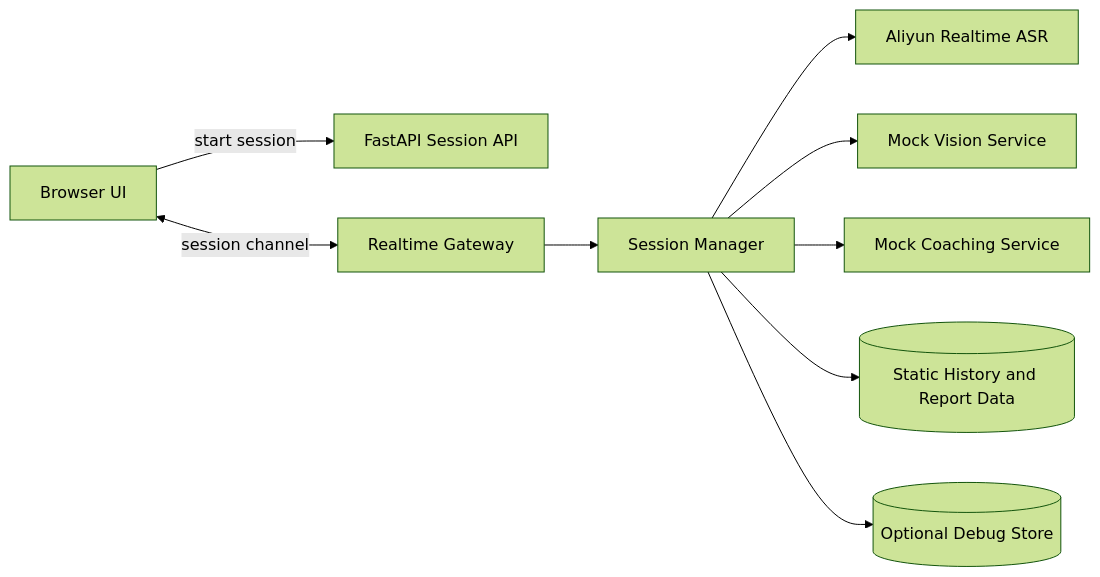
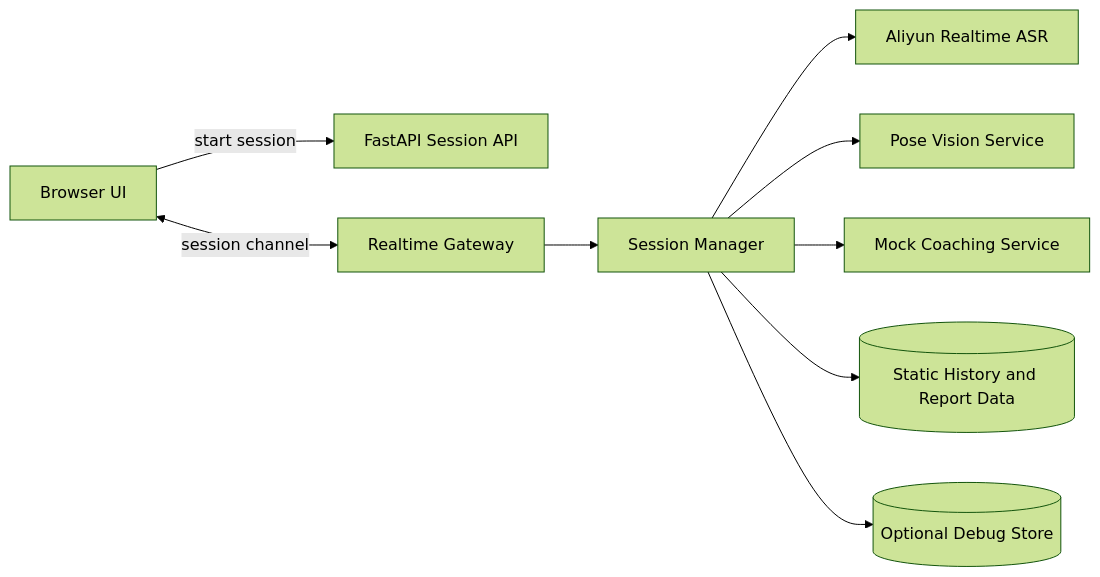
The diagram in README.md (Nigel-yuan/speak_up), drawn with Mermaid (forest theme) before and after one commit. The commit also changed other lines of this file and 22 other files, not shown here.

````diff
--- a/README.md
+++ b/README.md
@@ -260,11 +321,11 @@
 ```mermaid
 flowchart LR
     A[Browser UI] -->|start session| B[FastAPI Session API]
     A <-->|session channel| C[Realtime Gateway]
     C --> D[Session Manager]
     D --> E[Aliyun Realtime ASR]
-    D --> F[Mock Vision Service]
+    D --> F[Pose Vision Service]
     D --> G[Mock Coaching Service]
     D --> H[(Static History and Report Data)]
     D --> I[(Optional Debug Store)]
 ```
````
